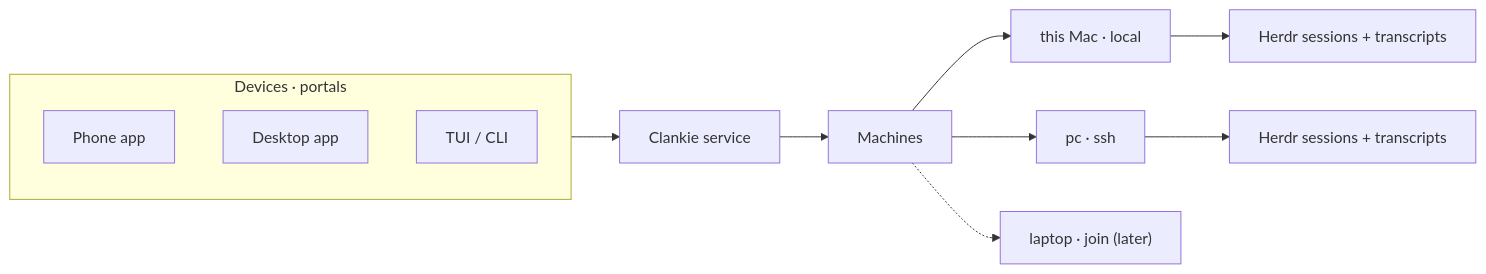
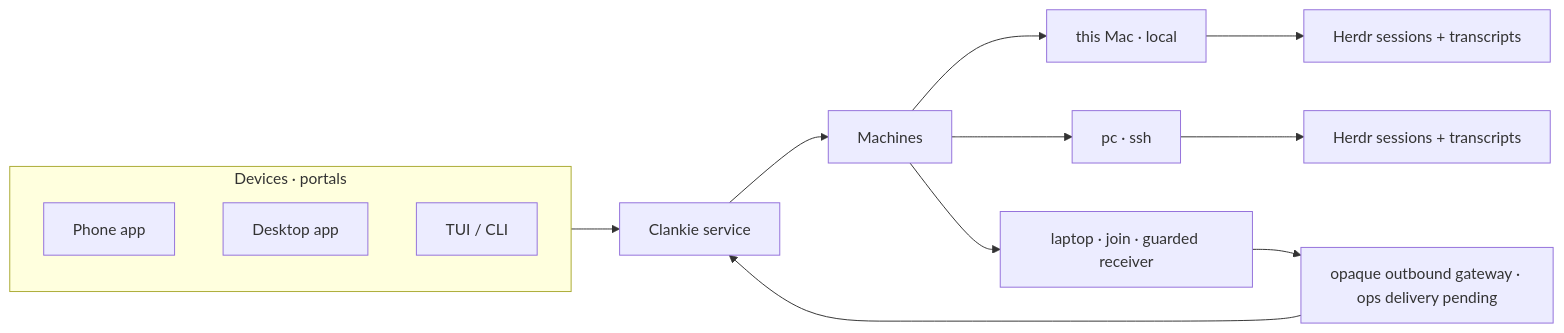
The diagram in docs/adr/0212-machines-and-devices.md (Volpestyle/clankie), drawn with Mermaid before and after one commit. The commit also changed other lines of this file and 25 other files, not shown here.

Commit message:
feat(join): authenticate outbound machine transport (VUH-1800)

````diff
--- a/docs/adr/0212-machines-and-devices.md
+++ b/docs/adr/0212-machines-and-devices.md
@@ -107,15 +120,17 @@
 ```mermaid
 flowchart LR
   subgraph Devices["Devices · portals"]
     phone[Phone app]
     desktop[Desktop app]
     tui[TUI / CLI]
   end
   Devices --> service["Clankie service"]
   service --> machines["Machines"]
   machines --> local["this Mac · local"]
   machines --> pc["pc · ssh"]
-  machines -.-> joined["laptop · join (later)"]
+  machines --> joined["laptop · join · guarded receiver"]
+  joined --> gateway["opaque outbound gateway · ops delivery pending"]
+  gateway --> service
   local --> ls["Herdr sessions + transcripts"]
   pc --> ps["Herdr sessions + transcripts"]
 ```
````
